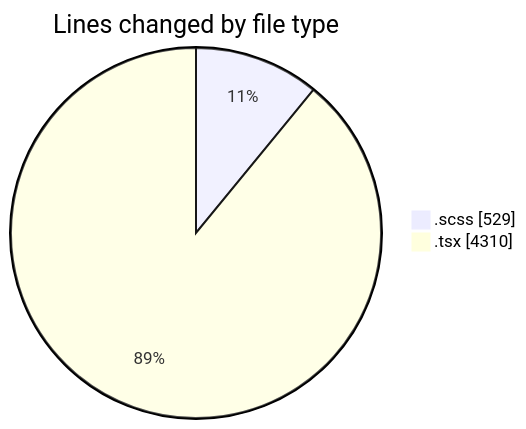
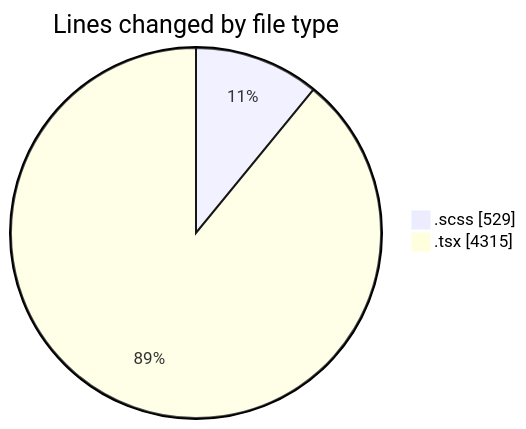
The first of 2 diagrams in 2025-08-28/cda/README.md (momahboobian/code-tracking), drawn with Mermaid before and after one commit. The commit also changed other lines of this file and 1 other file, not shown here.

````diff
--- a/2025-08-28/cda/README.md
+++ b/2025-08-28/cda/README.md
@@ -29,6 +29,6 @@
 ```mermaid
 pie showData
 title Lines changed by file type
 ".scss" : 529
-".tsx" : 4310
+".tsx" : 4315
 ```
````
